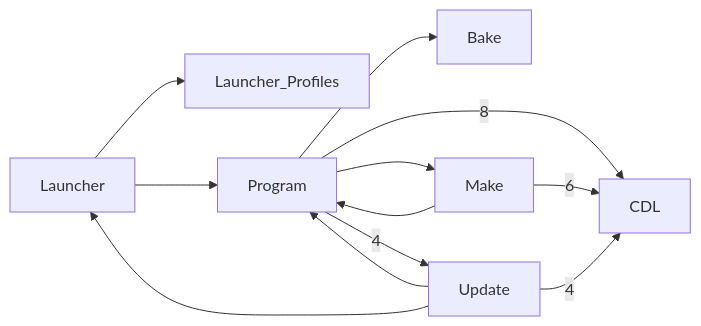
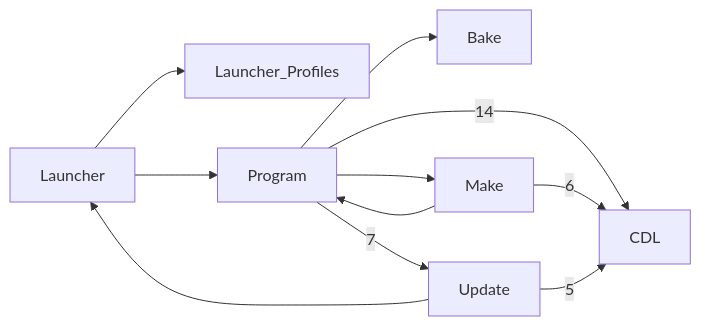
Before and after one commit to smol-kitten/MinecraftThroughTime: the diagram in .claude/wiki/code-map.md, drawn with Mermaid. The commit also changed other lines of this file and 4 other files, not shown here.

````diff
--- a/.claude/wiki/code-map.md
+++ b/.claude/wiki/code-map.md
@@ -29,21 +29,20 @@
 ```mermaid
 graph LR
   n_Bake["Bake"]
   n_CDL["CDL"]
   n_Launcher["Launcher"]
   n_Launcher_Profiles["Launcher_Profiles"]
   n_Make["Make"]
   n_Program["Program"]
   n_Update["Update"]
-  n_Program -->|8| n_CDL
+  n_Program -->|14| n_CDL
+  n_Program -->|7| n_Update
   n_Make -->|6| n_CDL
-  n_Update -->|4| n_CDL
-  n_Program -->|4| n_Update
+  n_Update -->|5| n_CDL
   n_Make --> n_Program
   n_Launcher --> n_Launcher_Profiles
   n_Program --> n_Bake
   n_Launcher --> n_Program
-  n_Update --> n_Program
+  n_Update --> n_Launcher
   n_Program --> n_Make
-  n_Update --> n_Launcher
 ```
````
